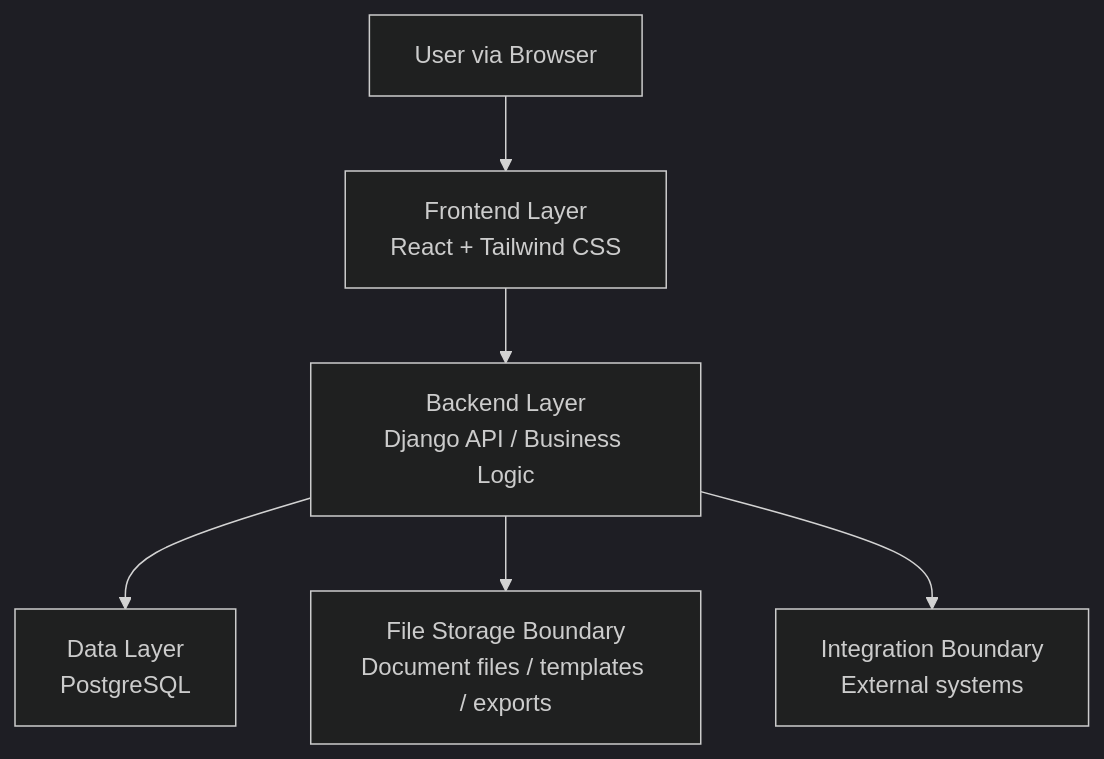
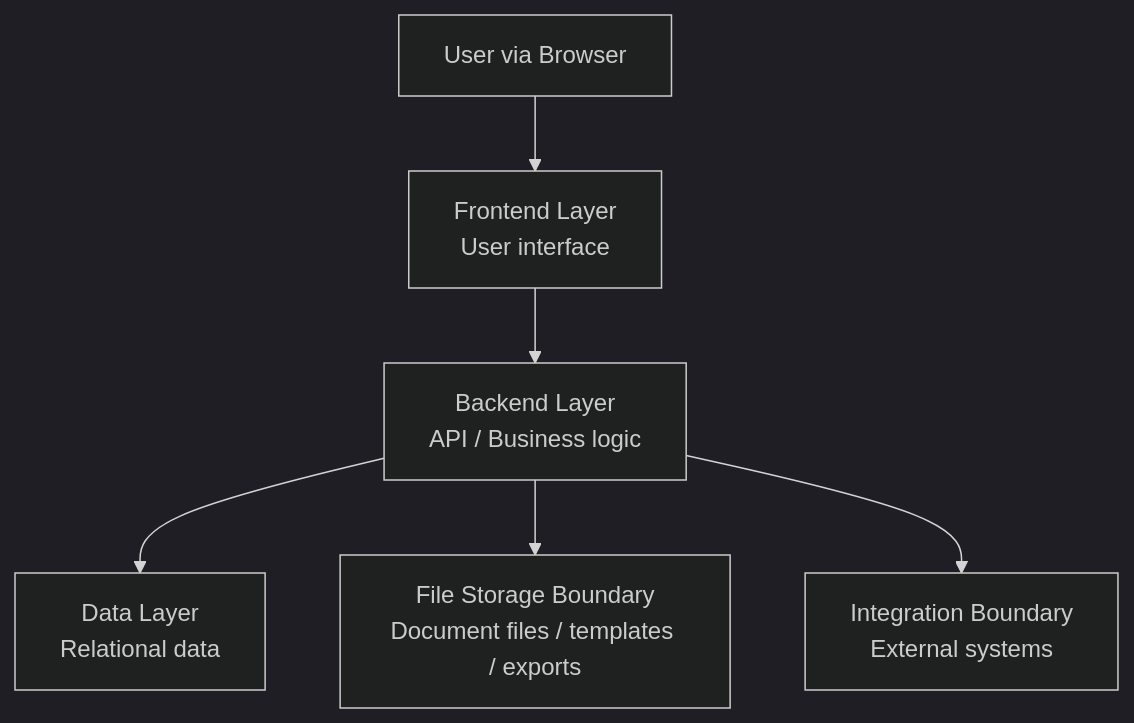
The diagram in docs/app/docs/architecture/page.mdx (yukasung/legal_erp_docs), drawn with Mermaid (dark theme) before and after one commit. The commit also changed other lines of this file, not shown here.

Commit message:
Separate architecture from technology choices

````diff
--- a/docs/app/docs/architecture/page.mdx
+++ b/docs/app/docs/architecture/page.mdx
@@ -42,15 +45,15 @@
 ```mermaid
 flowchart TB
   User["User via Browser"]
-  Frontend["Frontend Layer<br/>React + Tailwind CSS"]
-  Backend["Backend Layer<br/>Django API / Business Logic"]
-  Database["Data Layer<br/>PostgreSQL"]
+  Frontend["Frontend Layer<br/>User interface"]
+  Backend["Backend Layer<br/>API / Business logic"]
+  Database["Data Layer<br/>Relational data"]
   FileStorage["File Storage Boundary<br/>Document files / templates / exports"]
   Integration["Integration Boundary<br/>External systems"]
 
   User --> Frontend
   Frontend --> Backend
   Backend --> Database
   Backend --> FileStorage
   Backend --> Integration
 ```
````
